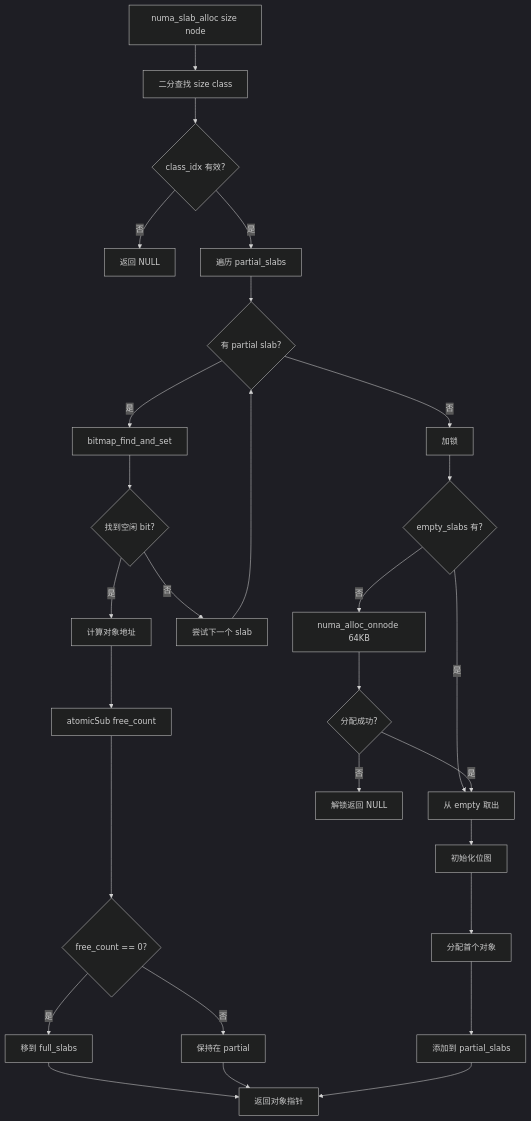
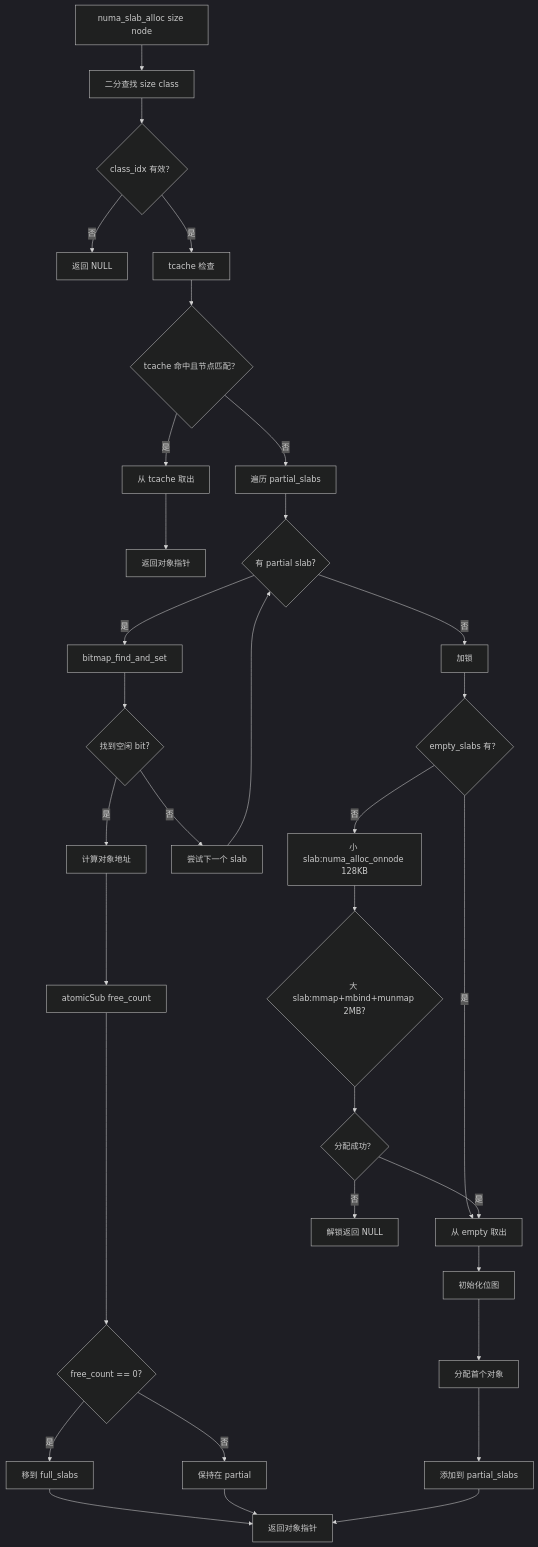
Before and after one commit to xDJTomato/Redis-NUMA: the first of 2 diagrams in docs/new/02-numa-pool.md, drawn with Mermaid (dark theme). The commit also changed other lines of this file and 24 other files, not shown here.

````diff
--- a/docs/new/02-numa-pool.md
+++ b/docs/new/02-numa-pool.md
@@ -88,30 +131,35 @@
 ```mermaid
 graph TB
     A[numa_slab_alloc size node] --> B[二分查找 size class]
-    B --> C{class_idx 有效?}
-    C -->|否| D[返回 NULL]
-    C -->|是| E[遍历 partial_slabs]
-    E --> F{有 partial slab?}
-    F -->|是| G[bitmap_find_and_set]
-    G --> H{找到空闲 bit?}
-    H -->|是| I[计算对象地址]
-    I --> J[atomicSub free_count]
-    J --> K{free_count == 0?}
-    K -->|是| L[移到 full_slabs]
-    K -->|否| M[保持在 partial]
-    L --> N[返回对象指针]
-    M --> N
-    H -->|否| O[尝试下一个 slab]
-    O --> F
-    F -->|否| P[加锁]
-    P --> Q{empty_slabs 有?}
-    Q -->|是| R[从 empty 取出]
-    Q -->|否| S[numa_alloc_onnode 64KB]
-    S --> T{分配成功?}
-    T -->|否| U[解锁返回 NULL]
-    T -->|是| R
-    R --> V[初始化位图]
-    V --> W[分配首个对象]
-    W --> X[添加到 partial_slabs]
-    X --> N
+    B --> C{class_idx 有效？}
+    C -->|否 | D[返回 NULL]
+    C -->|是 | E[tcache 检查]
+    E --> F{tcache 命中且节点匹配？}
+    F -->|是 | G[从 tcache 取出]
+    G --> H[返回对象指针]
+    F -->|否 | I[遍历 partial_slabs]
+    I --> J{有 partial slab?}
+    J -->|是 | K[bitmap_find_and_set]
+    K --> L{找到空闲 bit?}
+    L -->|是 | M[计算对象地址]
+    M --> N[atomicSub free_count]
+    N --> O{free_count == 0?}
+    O -->|是 | P[移到 full_slabs]
+    O -->|否 | Q[保持在 partial]
+    P --> R[返回对象指针]
+    Q --> R
+    L -->|否 | S[尝试下一个 slab]
+    S --> J
+    J -->|否 | T[加锁]
+    T --> U{empty_slabs 有？}
+    U -->|是 | V[从 empty 取出]
+    U -->|否 | W[小 slab:numa_alloc_onnode 128KB]
+    W --> X{大 slab:mmap+mbind+munmap 2MB?}
+    X --> Y{分配成功？}
+    Y -->|否 | Z[解锁返回 NULL]
+    Y -->|是 | V
+    V --> AA[初始化位图]
+    AA --> AB[分配首个对象]
+    AB --> AC[添加到 partial_slabs]
+    AC --> R
 ```
````
